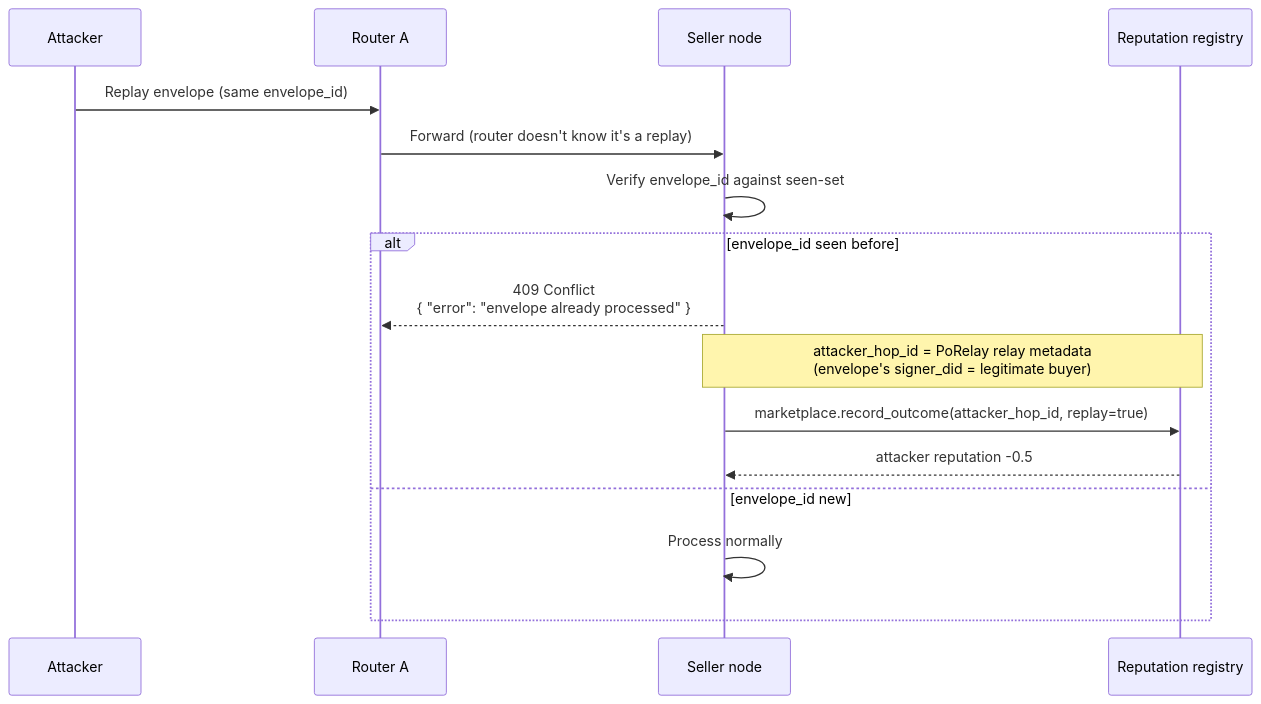
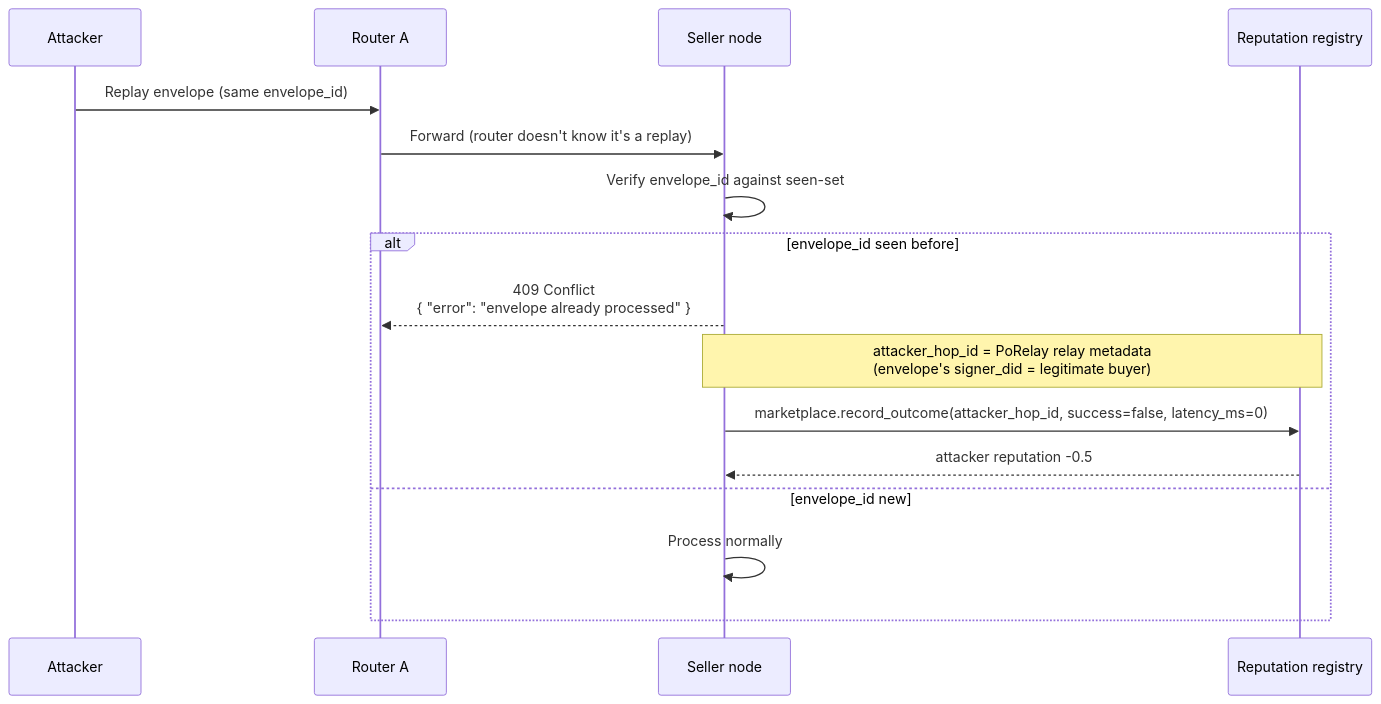
Diagram 11 of 14 in docs/architecture/end-to-end-scenarios.md (CipherOcto/cipherocto), drawn with Mermaid before and after one commit. The commit also changed other lines of this file, not shown here.

````diff
--- a/docs/architecture/end-to-end-scenarios.md
+++ b/docs/architecture/end-to-end-scenarios.md
@@ -482,19 +482,19 @@
 ```mermaid
 sequenceDiagram
     participant A as Attacker
     participant P1 as Router A
     participant SN as Seller node
     participant RR as Reputation registry
 
     A->>P1: Replay envelope (same envelope_id)
     P1->>SN: Forward (router doesn't know it's a replay)
     SN->>SN: Verify envelope_id against seen-set
     alt envelope_id seen before
         SN-->>P1: 409 Conflict<br/>{ "error": "envelope already processed" }
         Note over SN,RR: attacker_hop_id = PoRelay relay metadata<br/>(envelope's signer_did = legitimate buyer)
-        SN->>RR: marketplace.record_outcome(attacker_hop_id, replay=true)
+        SN->>RR: marketplace.record_outcome(attacker_hop_id, success=false, latency_ms=0)
         RR-->>SN: attacker reputation -0.5
     else envelope_id new
         SN->>SN: Process normally
     end
 ```
````
